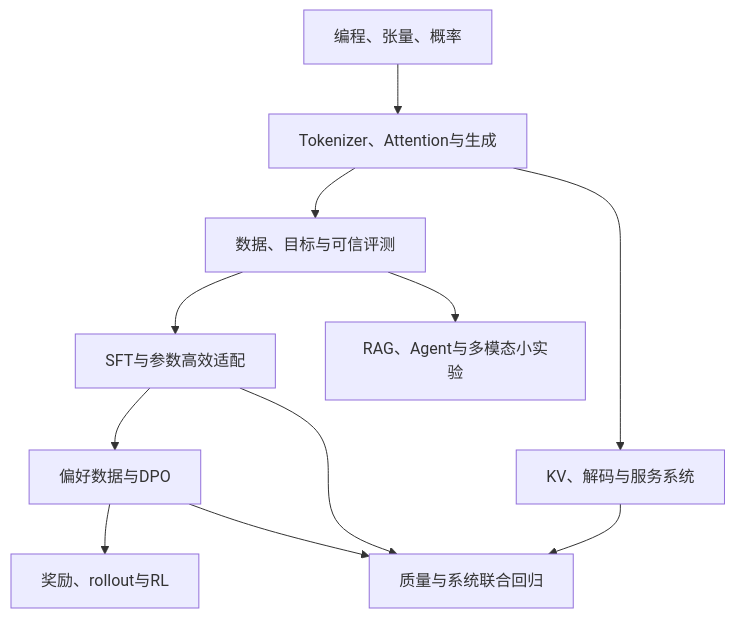
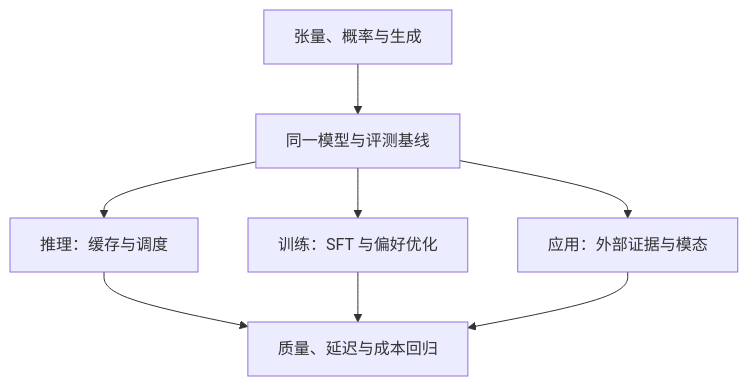
One commit to xhongduo-tech/xhongduo-tech.github.io changed the diagram in docs/roadmap/index.md. Above: the diagram before and after it, drawn with Mermaid. The commit also changed other lines of this file and 29 other files, not shown here.

````diff
--- a/docs/roadmap/index.md
+++ b/docs/roadmap/index.md
@@ -45,13 +47,10 @@
 ```mermaid
 flowchart TD
-  A["编程、张量、概率"] --> B["Tokenizer、Attention与生成"]
-  B --> C["数据、目标与可信评测"]
-  B --> D["KV、解码与服务系统"]
-  C --> E["SFT与参数高效适配"]
-  E --> F["偏好数据与DPO"]
-  F --> G["奖励、rollout与RL"]
-  C --> H["RAG、Agent与多模态小实验"]
-  D --> I["质量与系统联合回归"]
-  E --> I
-  F --> I
+  A["张量、概率与生成"] --> B["同一模型与评测基线"]
+  B --> C["推理：缓存与调度"]
+  B --> D["训练：SFT 与偏好优化"]
+  B --> E["应用：外部证据与模态"]
+  C --> F["质量、延迟与成本回归"]
+  D --> F
+  E --> F
 ```
````
